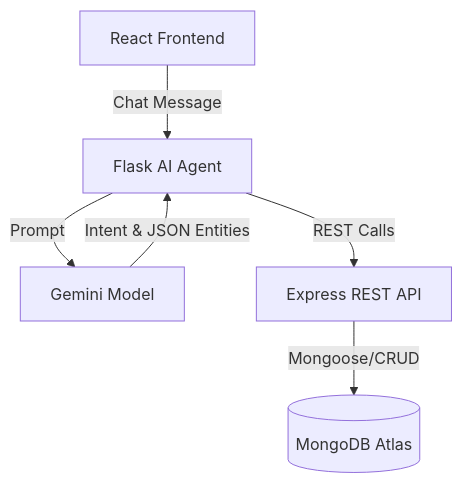
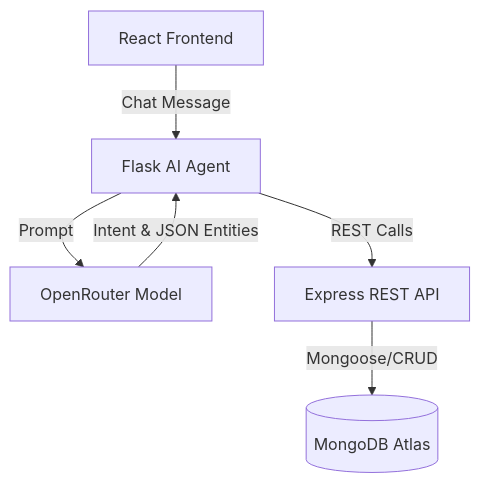
Before and after one commit to Nourin04/Student-Management-Portal: the second of 3 diagrams in README.md, drawn with Mermaid. The commit also changed other lines of this file and 2 other files, not shown here.

Commit message:
Migrate AI agent from Gemini to OpenRouter API

````diff
--- a/README.md
+++ b/README.md
@@ -74,8 +73,8 @@
 ```mermaid
 graph TD
     A[React Frontend] -->|Chat Message| B[Flask AI Agent]
-    B -->|Prompt| C[Gemini Model]
+    B -->|Prompt| C[OpenRouter Model]
     C -->|Intent & JSON Entities| B
     B -->|REST Calls| D[Express REST API]
     D -->|Mongoose/CRUD| E[(MongoDB Atlas)]
 ```
````
